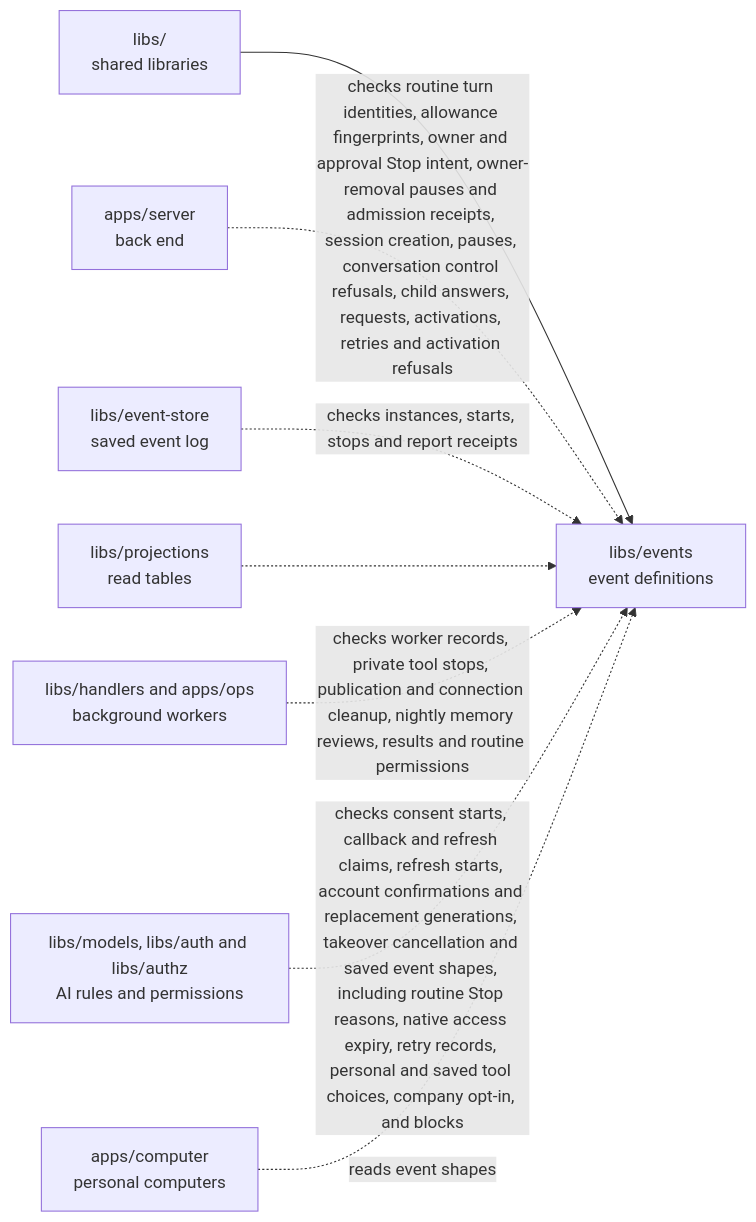
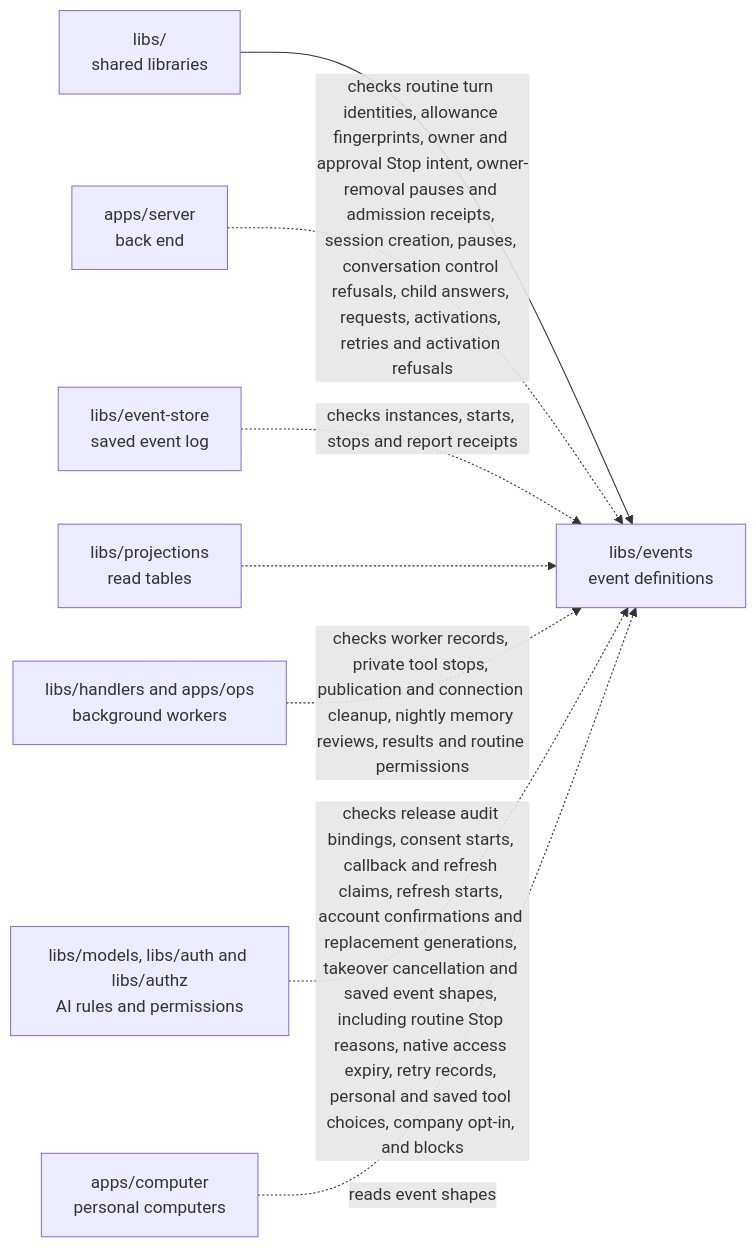
The diagram in libs/events/README.md (elewa-git/opencrane-new), drawn with Mermaid before and after one commit. The commit also changed other lines of this file and 13 other files, not shown here.

First line of the commit message:
🔐 Each credential release is recorded for the exact credential before anything is forwarded, and access refusals stay clear (#800)

````diff
--- a/libs/events/README.md
+++ b/libs/events/README.md
@@ -41,10 +41,10 @@
 ```mermaid
 flowchart LR
   parent["libs/<br/>shared libraries"] --> events["libs/events<br/>event definitions"]
   server["apps/server<br/>back end"] -.->|checks routine turn identities, allowance fingerprints, owner and approval Stop intent, owner-removal pauses and admission receipts, session creation, pauses, conversation control refusals, child answers, requests, activations, retries and activation refusals| events
   store["libs/event-store<br/>saved event log"] -.->|checks instances, starts, stops and report receipts| events
   projections["libs/projections<br/>read tables"] -.-> events
   workers["libs/handlers and apps/ops<br/>background workers"] -.->|checks worker records, private tool stops, publication and connection cleanup, nightly memory reviews, results and routine permissions| events
-  models["libs/models, libs/auth and libs/authz<br/>AI rules and permissions"] -.->|checks consent starts, callback and refresh claims, refresh starts, account confirmations and replacement generations, takeover cancellation and saved event shapes, including routine Stop reasons, native access expiry, retry records, personal and saved tool choices, company opt-in, and blocks| events
+  models["libs/models, libs/auth and libs/authz<br/>AI rules and permissions"] -.->|checks release audit bindings, consent starts, callback and refresh claims, refresh starts, account confirmations and replacement generations, takeover cancellation and saved event shapes, including routine Stop reasons, native access expiry, retry records, personal and saved tool choices, company opt-in, and blocks| events
   computer["apps/computer<br/>personal computers"] -.->|reads event shapes| events
 ```
````
